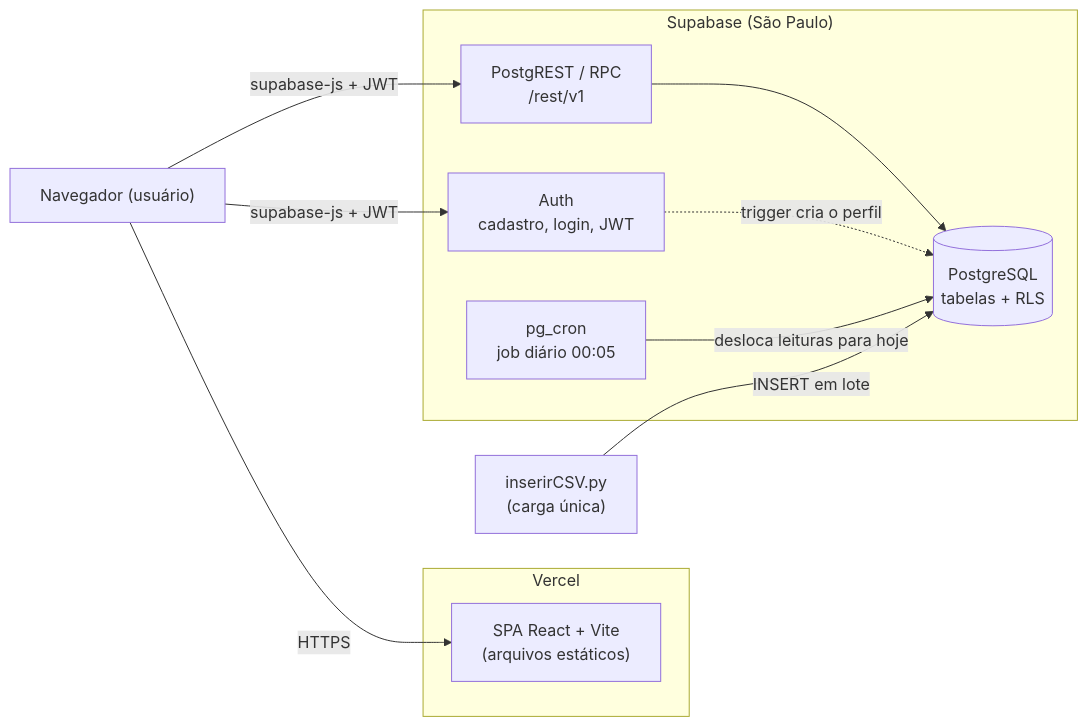
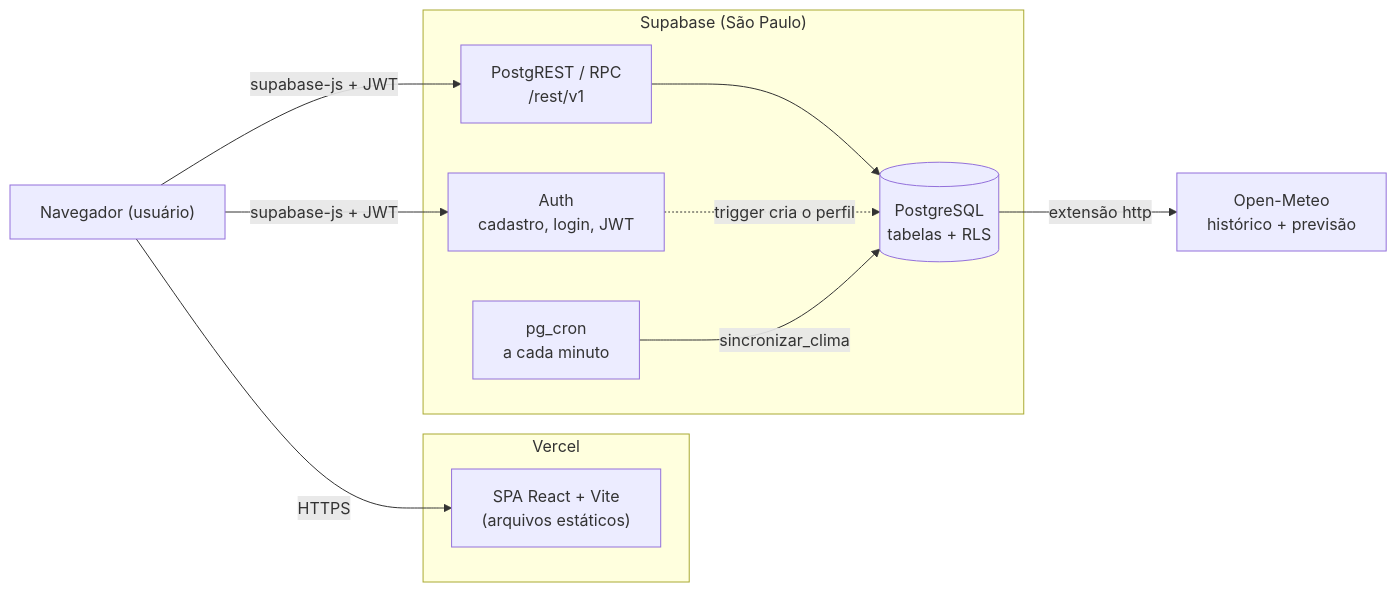
Before and after one commit to danieltanjos/SolarVision: the diagram in readme.md, drawn with Mermaid. The commit also changed other lines of this file and 6 other files, not shown here.

Commit message:
docs: geração estimada pelo clima (Open-Meteo) e remoção dos dados mocados

````diff
--- a/readme.md
+++ b/readme.md
@@ -20,25 +21,25 @@
 ```mermaid
 flowchart LR
     browser["Navegador (usuário)"]
 
     subgraph vercel["Vercel"]
         spa["SPA React + Vite<br/>(arquivos estáticos)"]
     end
 
     subgraph supa["Supabase (São Paulo)"]
         auth["Auth<br/>cadastro, login, JWT"]
         rest["PostgREST / RPC<br/>/rest/v1"]
         db[("PostgreSQL<br/>tabelas + RLS")]
-        cron["pg_cron<br/>job diário 00:05"]
+        cron["pg_cron<br/>a cada minuto"]
     end
 
-    seeder["inserirCSV.py<br/>(carga única)"]
+    meteo["Open-Meteo<br/>histórico + previsão"]
 
     browser -->|HTTPS| spa
     browser -->|supabase-js + JWT| auth
     browser -->|supabase-js + JWT| rest
     rest --> db
     auth -.->|trigger cria o perfil| db
-    cron -->|desloca leituras para hoje| db
-    seeder -->|INSERT em lote| db
+    cron -->|sincronizar_clima| db
+    db -->|extensão http| meteo
 ```
````
